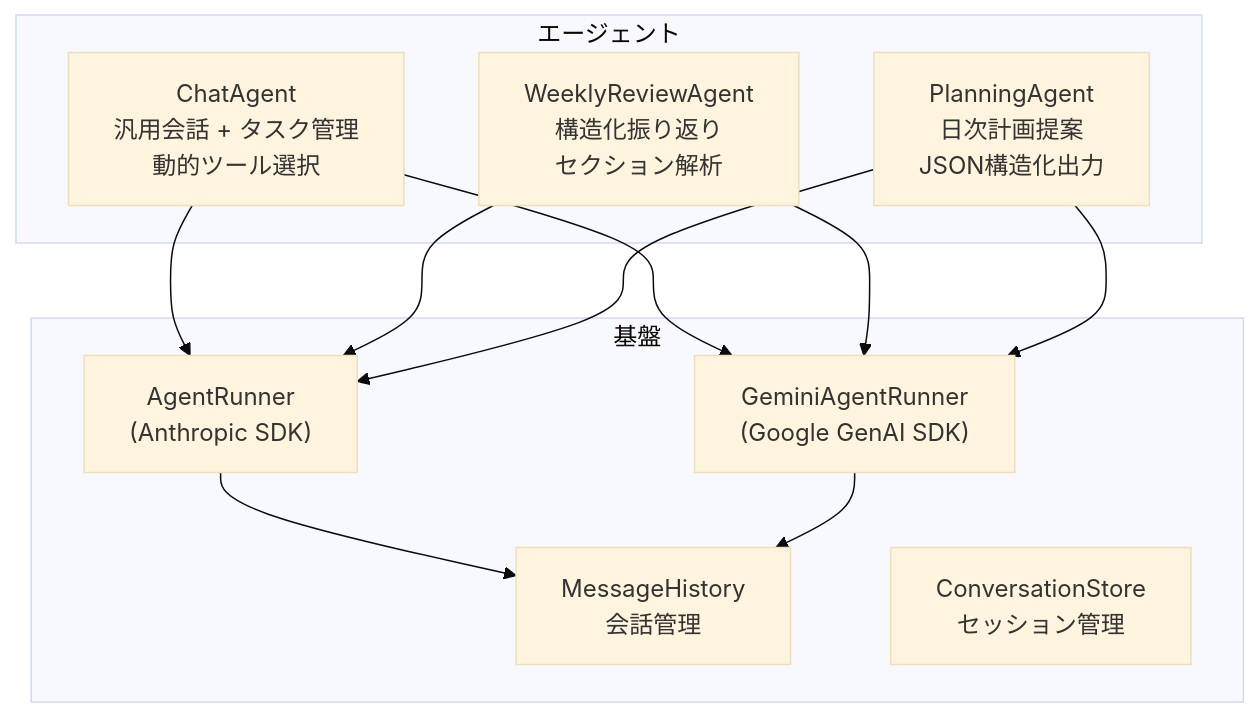
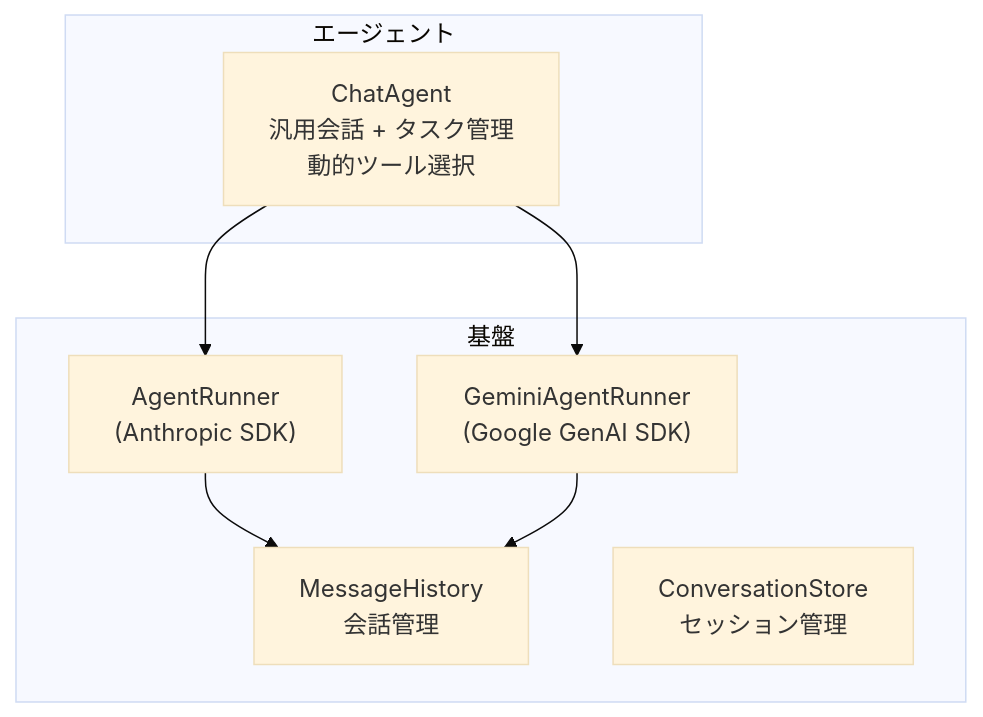
The second of 12 diagrams in kensan-ai/ARCHITECTURE.md (yu-min3/kensan), drawn with Mermaid (base theme) before and after one commit. The commit also changed other lines of this file and 172 other files, not shown here.

````diff
--- a/kensan-ai/ARCHITECTURE.md
+++ b/kensan-ai/ARCHITECTURE.md
@@ -136,24 +134,18 @@
 ```mermaid
 graph TB
     subgraph "エージェント"
         Chat["ChatAgent<br/>汎用会話 + タスク管理<br/>動的ツール選択"]
-        Review["WeeklyReviewAgent<br/>構造化振り返り<br/>セクション解析"]
-        Planning["PlanningAgent<br/>日次計画提案<br/>JSON構造化出力"]
     end
 
     subgraph "基盤"
         BaseAnth["AgentRunner<br/>(Anthropic SDK)"]
         BaseGemini["GeminiAgentRunner<br/>(Google GenAI SDK)"]
         History["MessageHistory<br/>会話管理"]
         Store["ConversationStore<br/>セッション管理"]
     end
 
     Chat --> BaseAnth
     Chat --> BaseGemini
-    Review --> BaseAnth
-    Review --> BaseGemini
-    Planning --> BaseAnth
-    Planning --> BaseGemini
     BaseAnth --> History
     BaseGemini --> History
 ```
````
